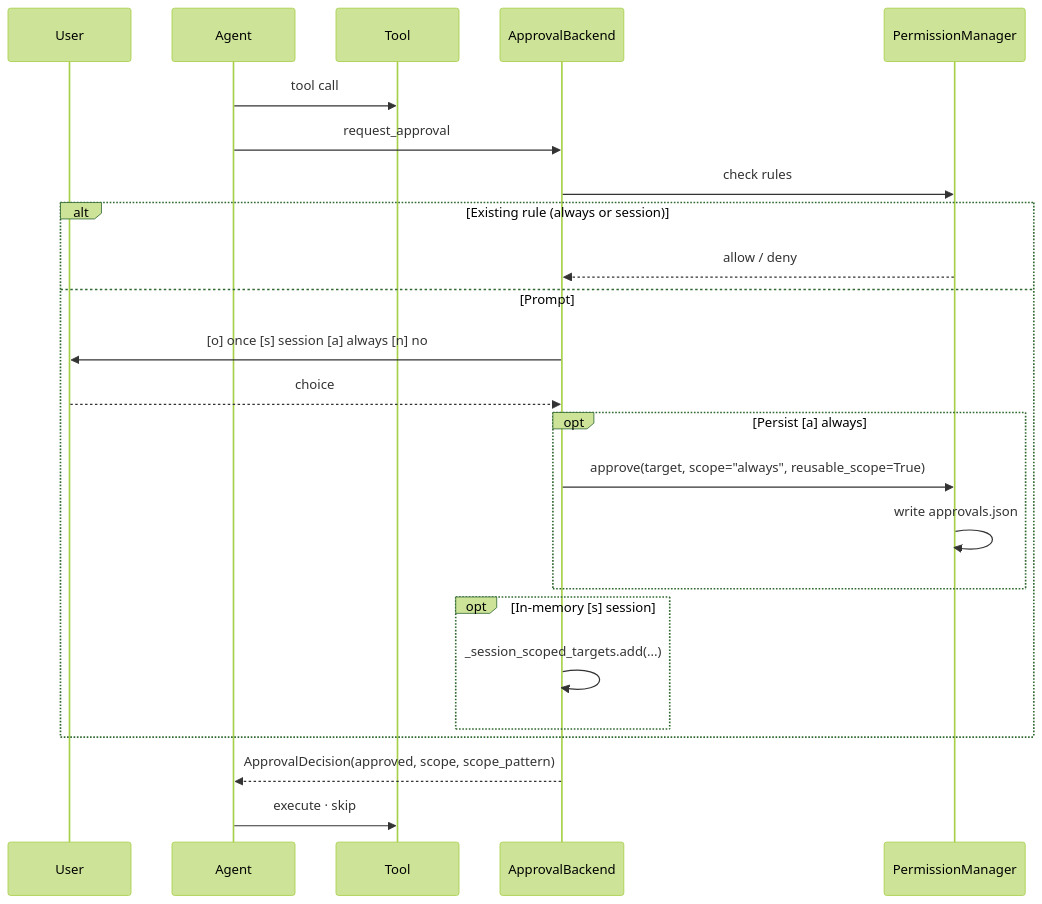
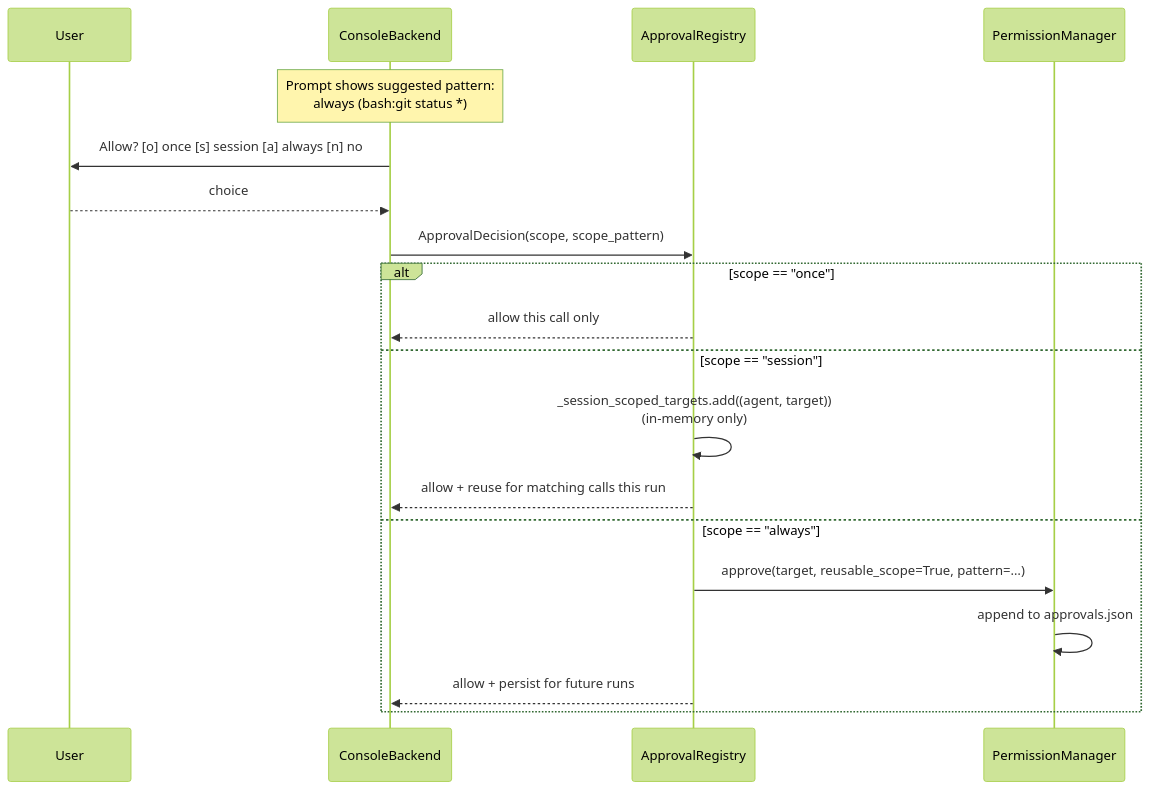
One commit to MervinPraison/PraisonAIDocs changed the second of 5 diagrams in docs/features/interactive-approval.mdx. Above: the diagram before and after it, drawn with Mermaid (forest theme). The commit also changed other lines of this file and 3 other files, not shown here.

First line of the commit message:
docs: update interactive tool-approval prompt for once/session/always scopes (fixes #1964)

````diff
--- a/docs/features/interactive-approval.mdx
+++ b/docs/features/interactive-approval.mdx
@@ -106,27 +107,23 @@
 ```mermaid
 sequenceDiagram
     participant U as User
-    participant A as Agent
-    participant T as Tool
-    participant B as ApprovalBackend
+    participant B as ConsoleBackend
+    participant R as ApprovalRegistry
     participant PM as PermissionManager
 
-    A->>T: tool call
-    A->>B: request_approval
-    B->>PM: check rules
-    alt Existing rule (always or session)
-        PM-->>B: allow / deny
-    else Prompt
-        B->>U: [o] once  [s] session  [a] always  [n] no
-        U-->>B: choice
-        opt Persist [a] always
-            B->>PM: approve(target, scope="always", reusable_scope=True)
-            PM->>PM: write approvals.json
-        end
-        opt In-memory [s] session
-            B->>B: _session_scoped_targets.add(...)
-        end
+    Note over B: Prompt shows suggested pattern:<br/>always (bash:git status *)
+    B->>U: Allow?  [o] once  [s] session  [a] always  [n] no
+    U-->>B: choice
+    B->>R: ApprovalDecision(scope, scope_pattern)
+
+    alt scope == "once"
+        R-->>B: allow this call only
+    else scope == "session"
+        R->>R: _session_scoped_targets.add((agent, target))<br/>(in-memory only)
+        R-->>B: allow + reuse for matching calls this run
+    else scope == "always"
+        R->>PM: approve(target, reusable_scope=True, pattern=…)
+        PM->>PM: append to approvals.json
+        R-->>B: allow + persist for future runs
     end
-    B-->>A: ApprovalDecision(approved, scope, scope_pattern)
-    A->>T: execute · skip
 ```
````
